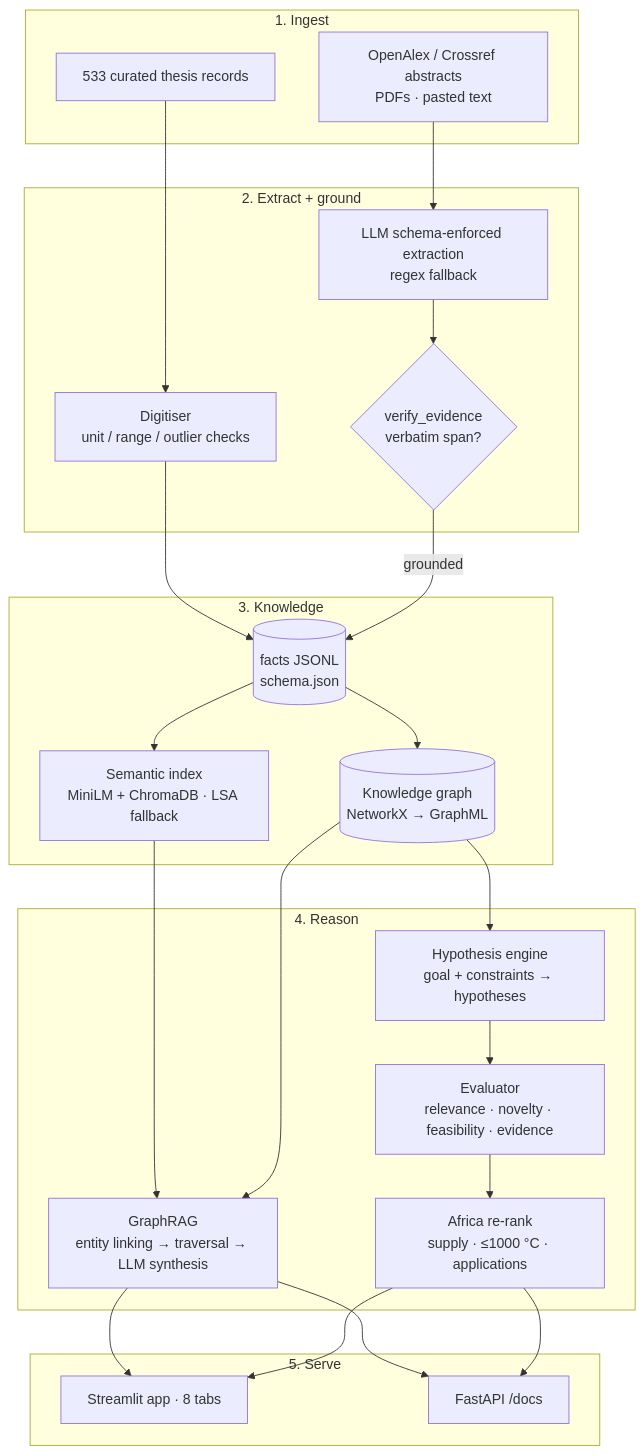
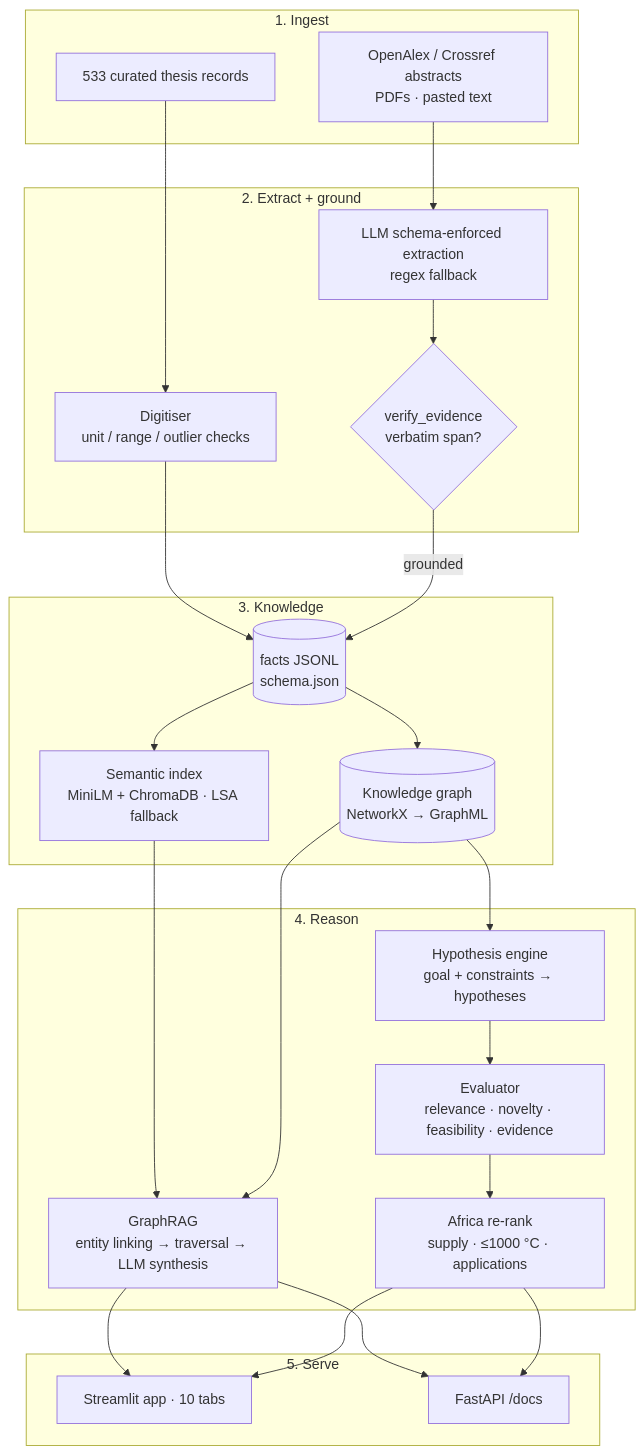
Before and after one commit to michaelTomiwa/ahsc-llzo-analysis: the diagram in README.md, drawn with Mermaid. The commit also changed other lines of this file and 25 other files, not shown here.

````diff
--- a/README.md
+++ b/README.md
@@ -22,33 +39,33 @@
 ```mermaid
 flowchart TB
   subgraph Ingest[1. Ingest]
     CSV[533 curated thesis records]
     LIT[OpenAlex / Crossref abstracts\nPDFs · pasted text]
   end
   subgraph Extract[2. Extract + ground]
     DIG[Digitiser\nunit / range / outlier checks]
     LLM[LLM schema-enforced extraction\nregex fallback]
     VER{verify_evidence\nverbatim span?}
   end
   subgraph Know[3. Knowledge]
     FACTS[(facts JSONL\nschema.json)]
     IDX[Semantic index\nMiniLM + ChromaDB · LSA fallback]
     KG[(Knowledge graph\nNetworkX → GraphML)]
   end
   subgraph Reason[4. Reason]
     RAG[GraphRAG\nentity linking → traversal → LLM synthesis]
     HYP[Hypothesis engine\ngoal + constraints → hypotheses]
     EVAL[Evaluator\nrelevance · novelty · feasibility · evidence]
     AFR[Africa re-rank\nsupply · ≤1000 °C · applications]
   end
   subgraph Serve[5. Serve]
-    APP[Streamlit app · 8 tabs]
+    APP[Streamlit app · 10 tabs]
     API[FastAPI /docs]
   end
   CSV --> DIG --> FACTS
   LIT --> LLM --> VER -->|grounded| FACTS
   FACTS --> IDX & KG
   IDX & KG --> RAG
   KG --> HYP --> EVAL --> AFR
   RAG & AFR --> APP & API
 ```
````
